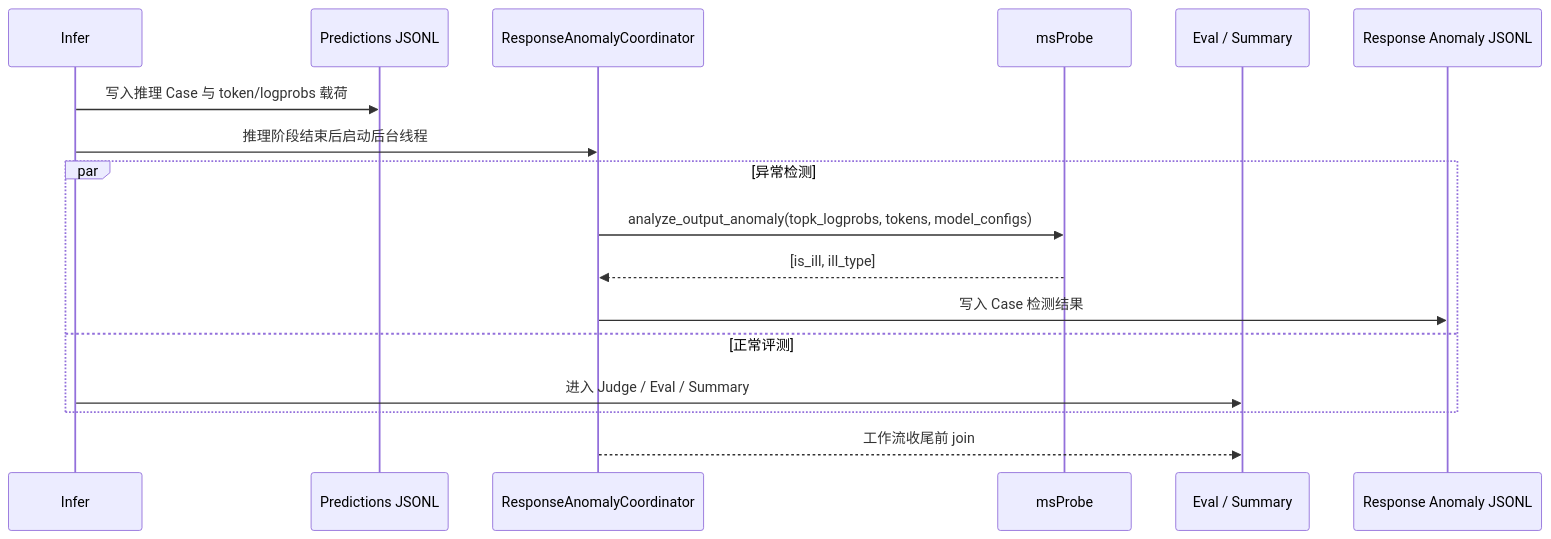
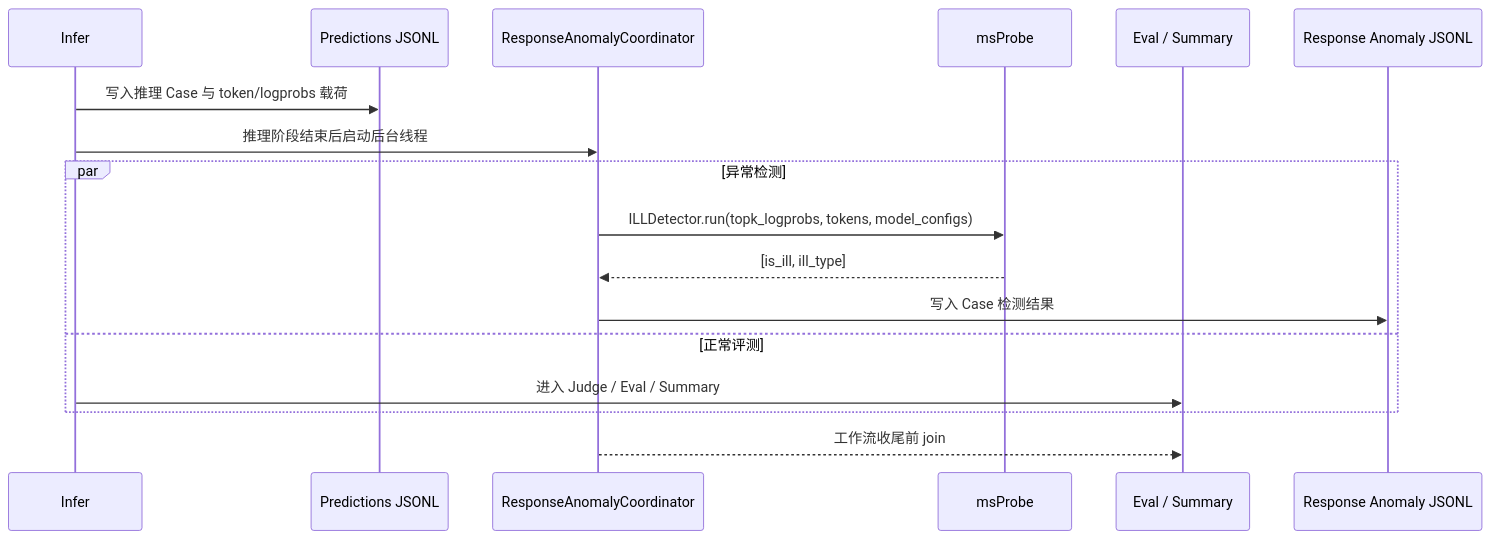
Before and after one commit to Libotry/benchmark: the second of 2 diagrams in docs/source_zh_cn/design/AISBench推理响应异常检测模块设计.md, drawn with Mermaid. The commit also changed other lines of this file and 10 other files, not shown here.

````diff
--- a/docs/source_zh_cn/design/AISBench推理响应异常检测模块设计.md
+++ b/docs/source_zh_cn/design/AISBench推理响应异常检测模块设计.md
@@ -80,20 +108,20 @@
 ```mermaid
 sequenceDiagram
     participant I as Infer
     participant P as Predictions JSONL
     participant C as ResponseAnomalyCoordinator
     participant M as msProbe
     participant E as Eval / Summary
     participant R as Response Anomaly JSONL
 
     I->>P: 写入推理 Case 与 token/logprobs 载荷
     I->>C: 推理阶段结束后启动后台线程
     par 异常检测
-        C->>M: analyze_output_anomaly(topk_logprobs, tokens, model_configs)
+        C->>M: ILLDetector.run(topk_logprobs, tokens, model_configs)
         M-->>C: [is_ill, ill_type]
         C->>R: 写入 Case 检测结果
     and 正常评测
         I->>E: 进入 Judge / Eval / Summary
     end
     C-->>E: 工作流收尾前 join
 ```
````
